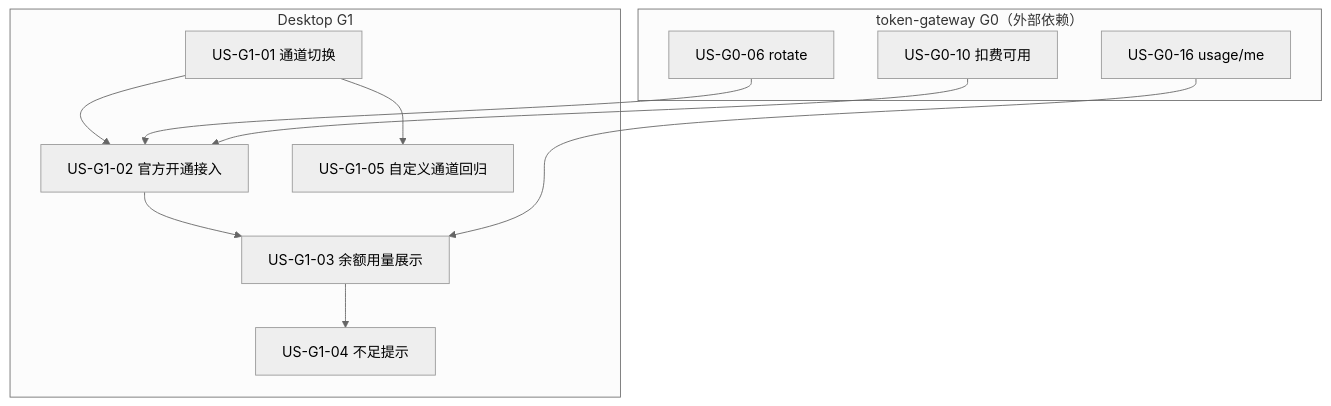
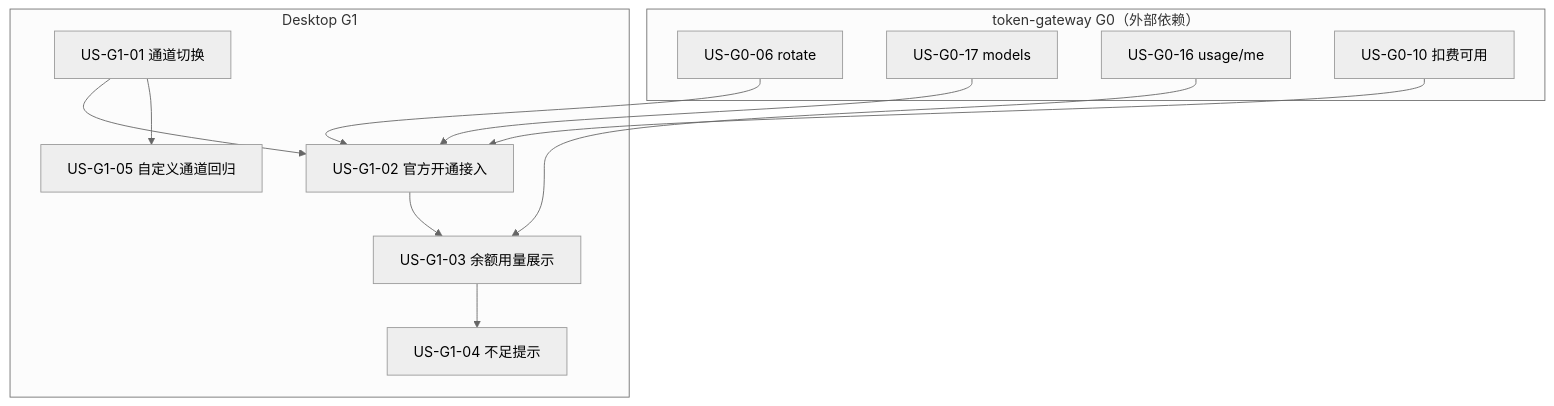
Before and after one commit to Pedro-MAFS/ftcs: the diagram in docs/12-官方模型通道用户故事.md, drawn with Mermaid (neutral theme). The commit also changed other lines of this file and 15 other files, not shown here.

````diff
--- a/docs/12-官方模型通道用户故事.md
+++ b/docs/12-官方模型通道用户故事.md
@@ -20,24 +20,26 @@
 ```mermaid
 flowchart TB
   subgraph GW["token-gateway G0（外部依赖）"]
     P[US-G0-06 rotate]
+    M[US-G0-17 models]
     U[US-G0-16 usage/me]
     B[US-G0-10 扣费可用]
   end
 
   subgraph D["Desktop G1"]
     US21[US-G1-01 通道切换]
     US22[US-G1-02 官方开通接入]
     US23[US-G1-03 余额用量展示]
     US24[US-G1-04 不足提示]
     US25[US-G1-05 自定义通道回归]
   end
 
   US21 --> US22
   US22 --> US23
   US23 --> US24
   US21 --> US25
   P --> US22
+  M --> US22
   B --> US22
   U --> US23
 ```
````
